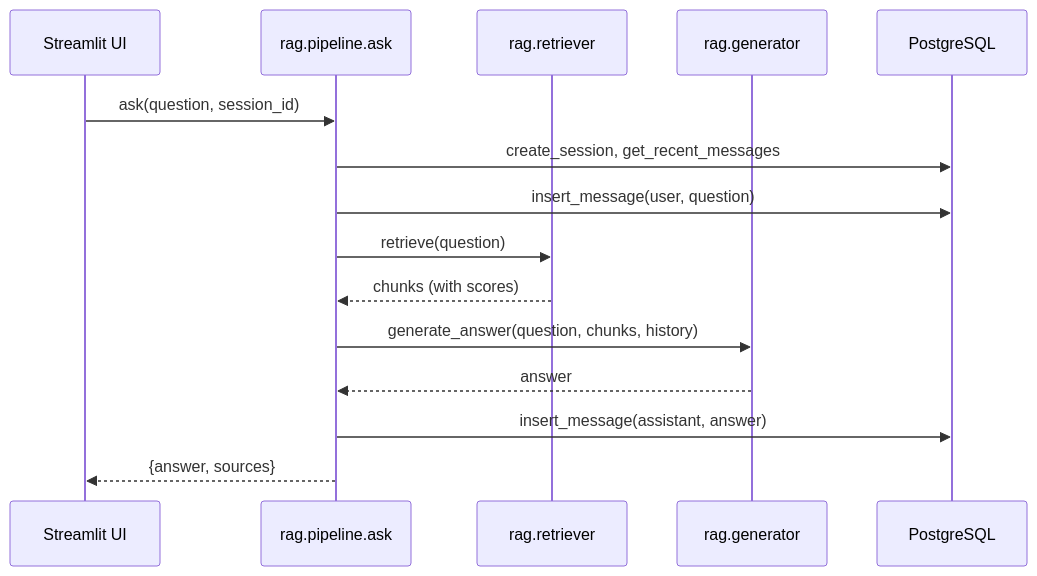
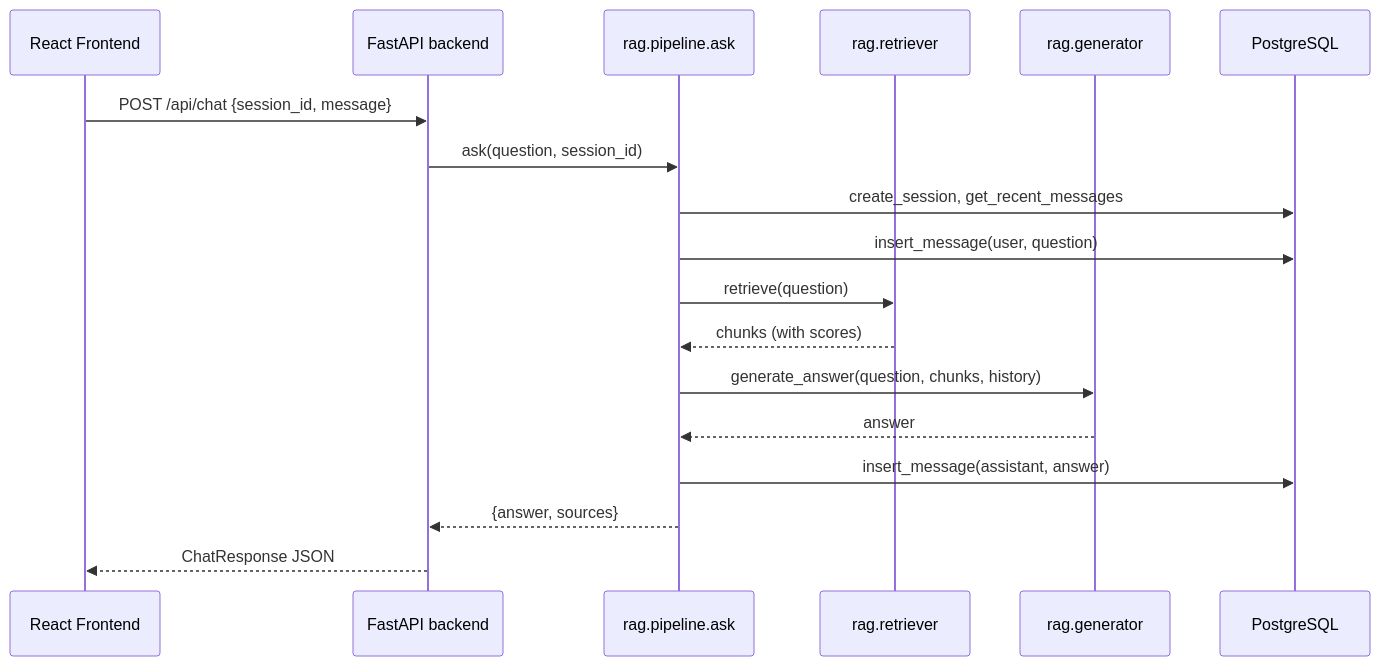
One commit to Adhikaxx88/paper-data- changed the diagram in news-rag/docs/rag/pipeline.md. Above: the diagram before and after it, drawn with Mermaid. The commit also changed other lines of this file and 35 other files, not shown here.

First line of the commit message:
Add FastAPI backend and React frontend for the chatbot

````diff
--- a/news-rag/docs/rag/pipeline.md
+++ b/news-rag/docs/rag/pipeline.md
@@ -28,18 +32,21 @@
 ```mermaid
 sequenceDiagram
-    participant UI as Streamlit UI
+    participant UI as React Frontend
+    participant API as FastAPI backend
     participant P as rag.pipeline.ask
     participant R as rag.retriever
     participant G as rag.generator
     participant PG as PostgreSQL
 
-    UI->>P: ask(question, session_id)
+    UI->>API: POST /api/chat {session_id, message}
+    API->>P: ask(question, session_id)
     P->>PG: create_session, get_recent_messages
     P->>PG: insert_message(user, question)
     P->>R: retrieve(question)
     R-->>P: chunks (with scores)
     P->>G: generate_answer(question, chunks, history)
     G-->>P: answer
     P->>PG: insert_message(assistant, answer)
-    P-->>UI: {answer, sources}
+    P-->>API: {answer, sources}
+    API-->>UI: ChatResponse JSON
 ```
````
